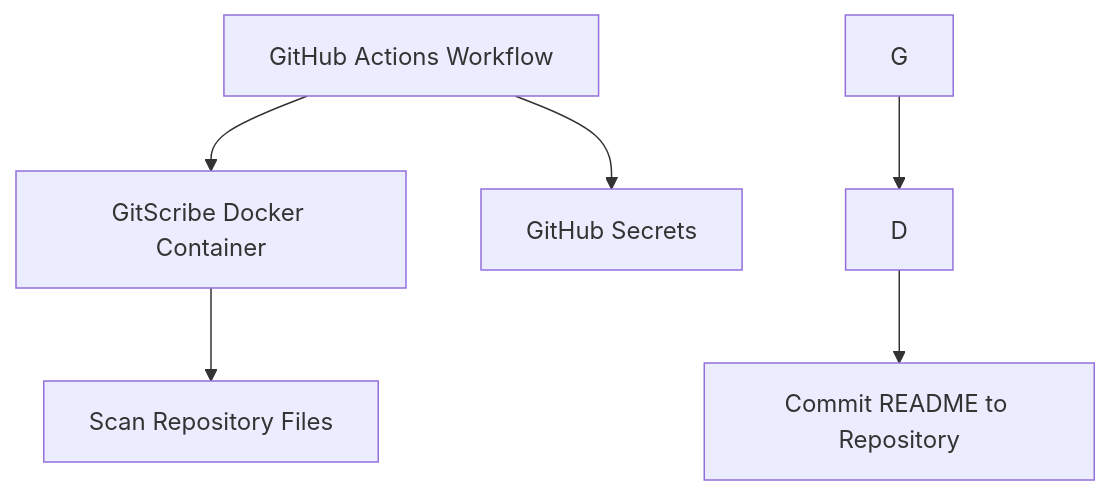
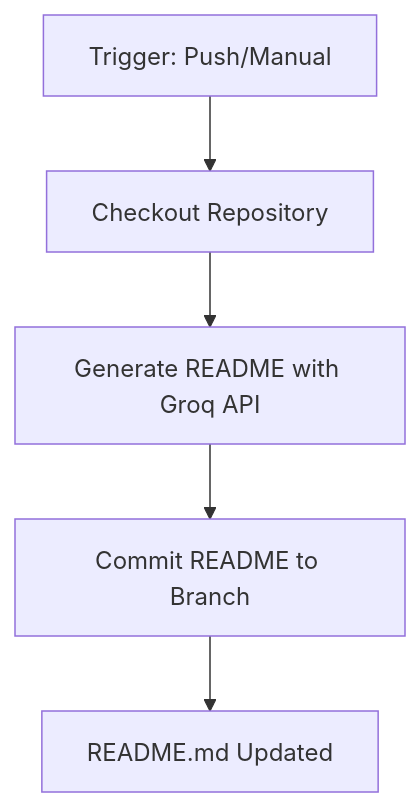
Before and after one commit to tariqmahmoodde/GitScribe-AI: the diagram in README.md, drawn with Mermaid. The commit also changed other lines of this file, not shown here.

Commit message:
docs: auto-generate README.md via GitScribe AI

````diff
--- a/README.md
+++ b/README.md
@@ -26,8 +18,7 @@
 ```mermaid
 graph TD
-    A[GitHub Actions Workflow] --> B[GitScribe Docker Container]
-    B --> C[Scan Repository Files]
-    D --> E[Commit README to Repository]
-    A --> F[GitHub Secrets]
-    G --> D
+    A[Trigger: Push/Manual] --> B[Checkout Repository]
+    B --> C[Generate README with Groq API]
+    C --> D[Commit README to Branch]
+    D --> E[README.md Updated]
 ```
````
